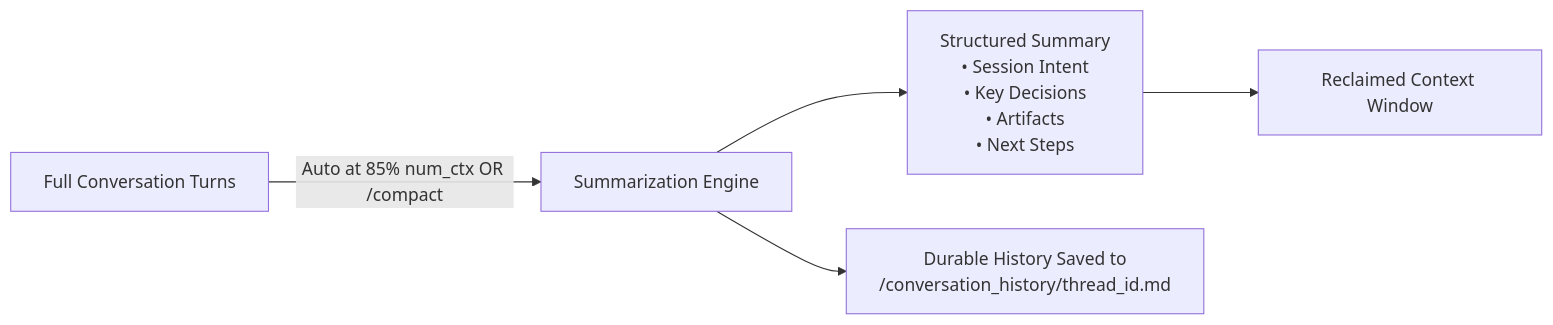
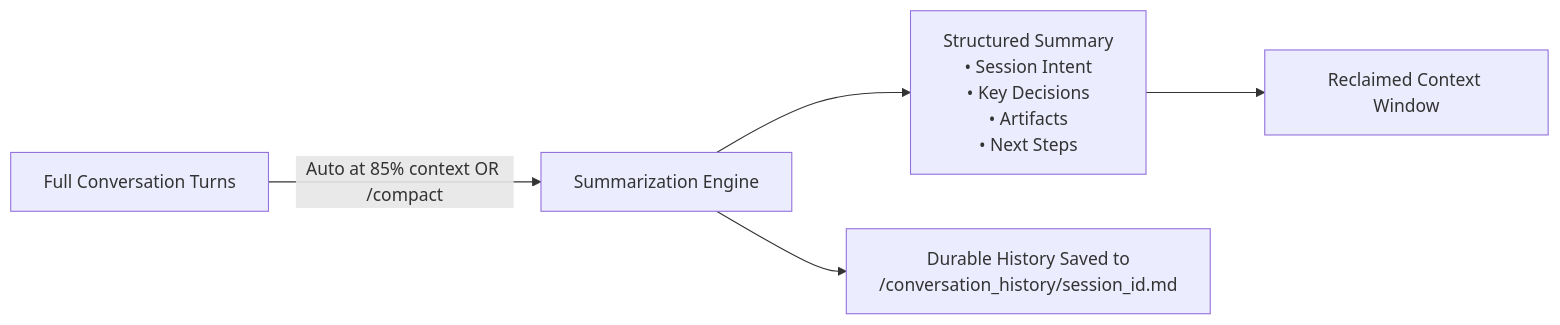
One commit to arrase/ollama-agent changed the first of 3 diagrams in README.md. Above: the diagram before and after it, drawn with Mermaid. The commit also changed other lines of this file and 8 other files, not shown here.

````diff
--- a/README.md
+++ b/README.md
@@ -267,7 +267,7 @@
 ```mermaid
 flowchart LR
-    A[Full Conversation Turns] -->|Auto at 85% num_ctx OR /compact| B[Summarization Engine]
+    A[Full Conversation Turns] -->|Auto at 85% context OR /compact| B[Summarization Engine]
     B --> C[Structured Summary\n• Session Intent\n• Key Decisions\n• Artifacts\n• Next Steps]
-    B --> D[Durable History Saved to\n/conversation_history/thread_id.md]
+    B --> D[Durable History Saved to\n/conversation_history/session_id.md]
     C --> E[Reclaimed Context Window]
 ```
````
